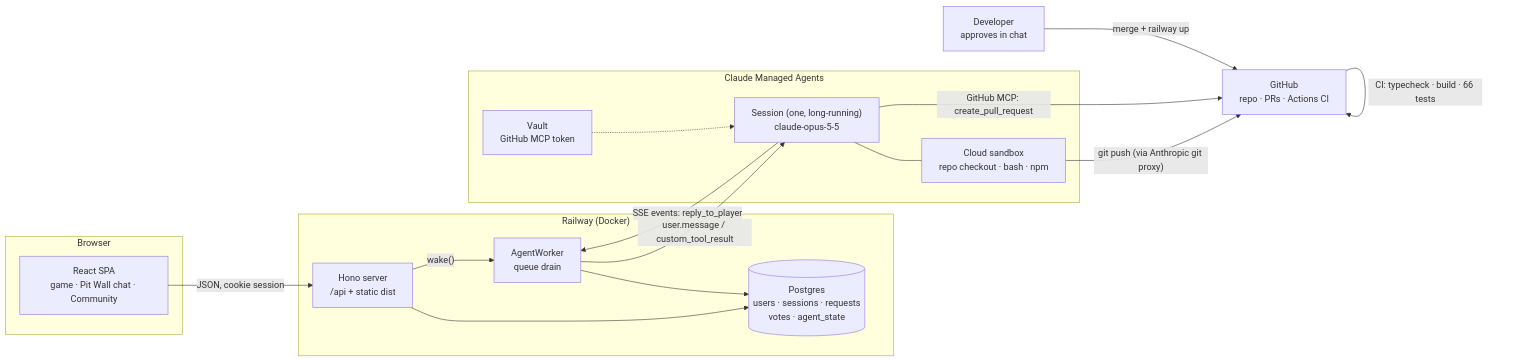
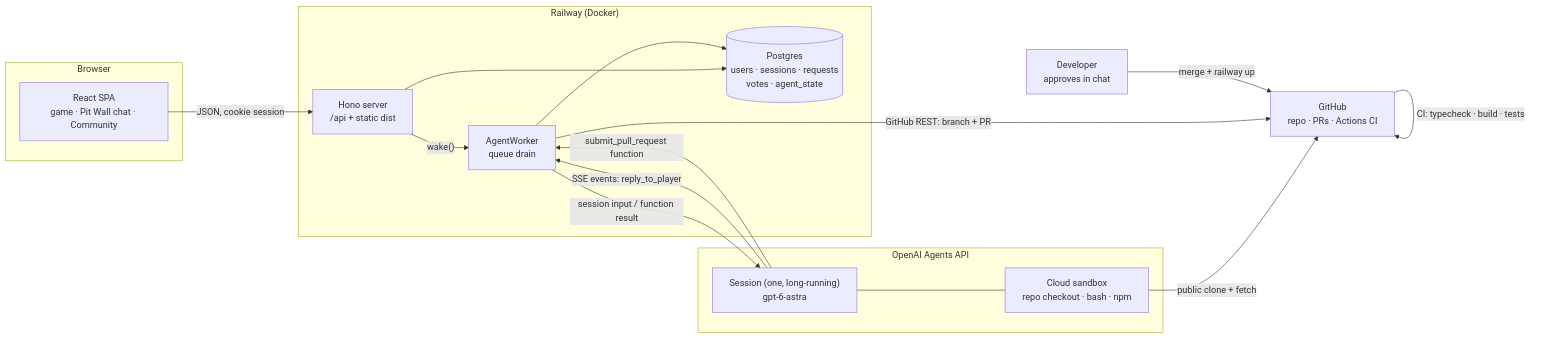
One commit to shuaiqideboa/pitwall changed the diagram in README.md. Above: the diagram before and after it, drawn with Mermaid. The commit also changed other lines of this file and 10 other files, not shown here.

Commit message:
Migrate Pit Wall to OpenAI hosted agents with server-owned PR publishing

````diff
--- a/README.md
+++ b/README.md
@@ -49,34 +49,33 @@
 ```mermaid
 flowchart LR
   subgraph Browser
     UI["React SPA<br/>game · Pit Wall chat · Community"]
   end
 
   subgraph Railway["Railway (Docker)"]
     API["Hono server<br/>/api + static dist"]
     W["AgentWorker<br/>queue drain"]
     PG[("Postgres<br/>users · sessions · requests<br/>votes · agent_state")]
   end
 
-  subgraph Anthropic["Claude Managed Agents"]
-    S["Session (one, long-running)<br/>claude-opus-5-5"]
+  subgraph OpenAI["OpenAI Agents API"]
+    S["Session (one, long-running)<br/>gpt-6-astra"]
     SB["Cloud sandbox<br/>repo checkout · bash · npm"]
-    V["Vault<br/>GitHub MCP token"]
   end
 
   GH["GitHub<br/>repo · PRs · Actions CI"]
   DEV["Developer<br/>approves in chat"]
 
   UI -- "JSON, cookie session" --> API
   API --> PG
   API -- "wake()" --> W
-  W -- "user.message / custom_tool_result" --> S
+  W -- "session input / function result" --> S
   S -- "SSE events: reply_to_player" --> W
   W --> PG
   S --- SB
-  SB -- "git push (via Anthropic git proxy)" --> GH
-  S -- "GitHub MCP: create_pull_request" --> GH
-  V -.-> S
-  GH -- "CI: typecheck · build · 66 tests" --> GH
+  SB -- "public clone + fetch" --> GH
+  S -- "submit_pull_request function" --> W
+  W -- "GitHub REST: branch + PR" --> GH
+  GH -- "CI: typecheck · build · tests" --> GH
   DEV -- "merge + railway up" --> GH
 ```
````
